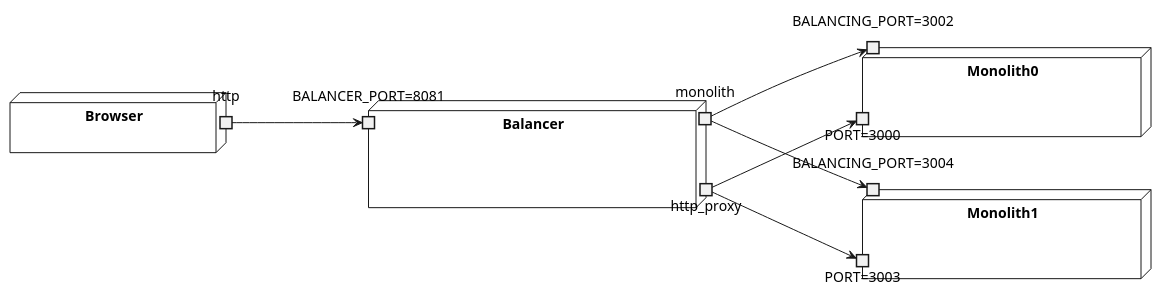
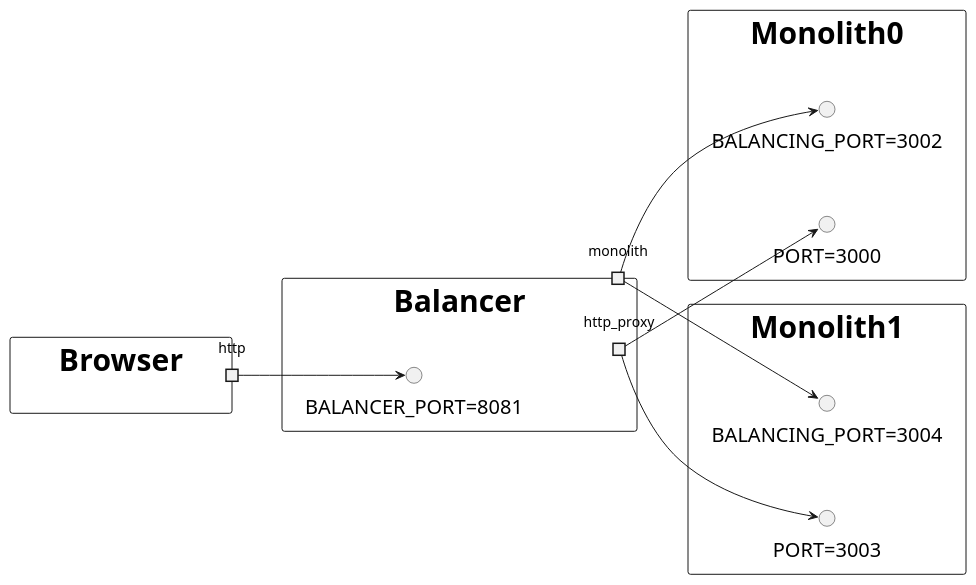
One commit to dyc3/senior-design changed the diagram in figures/dev-env/ports-2-monolith.puml. Above: the diagram before and after it, drawn with PlantUML. The commit also changed 3 other files, not shown here.

```diff
--- a/figures/dev-env/ports-2-monolith.puml
+++ b/figures/dev-env/ports-2-monolith.puml
@@ -1,29 +1,38 @@
 @startuml
+
+skinparam component {
+  FontSize 30
+  Style rectangle
+}
+skinparam interface {
+  FontSize 20
+}
+
 left to right direction
-node Browser {
+component Browser {
   portout http
 }
 
-node Balancer  {
-  portin "BALANCER_PORT=8081" as BALANCER_PORT
+component Balancer  {
+  interface "BALANCER_PORT=8081" as BALANCER_PORT
   portout http_proxy
   portout monolith
 }
 
-node Monolith0 {
-  portin "PORT=3000" as PORT0
-  portin "BALANCING_PORT=3002" as BALANCING_PORT0
+component Monolith0 {
+  interface "PORT=3000" as PORT0
+  interface "BALANCING_PORT=3002" as BALANCING_PORT0
 }
 
-node Monolith1 {
-  portin "PORT=3003" as PORT1
-  portin "BALANCING_PORT=3004" as BALANCING_PORT1
+component Monolith1 {
+  interface "PORT=3003" as PORT1
+  interface "BALANCING_PORT=3004" as BALANCING_PORT1
 }
 
 http --> BALANCER_PORT
 http_proxy --> PORT0
 monolith --> BALANCING_PORT0
 http_proxy --> PORT1
 monolith --> BALANCING_PORT1
 
 @enduml
```
